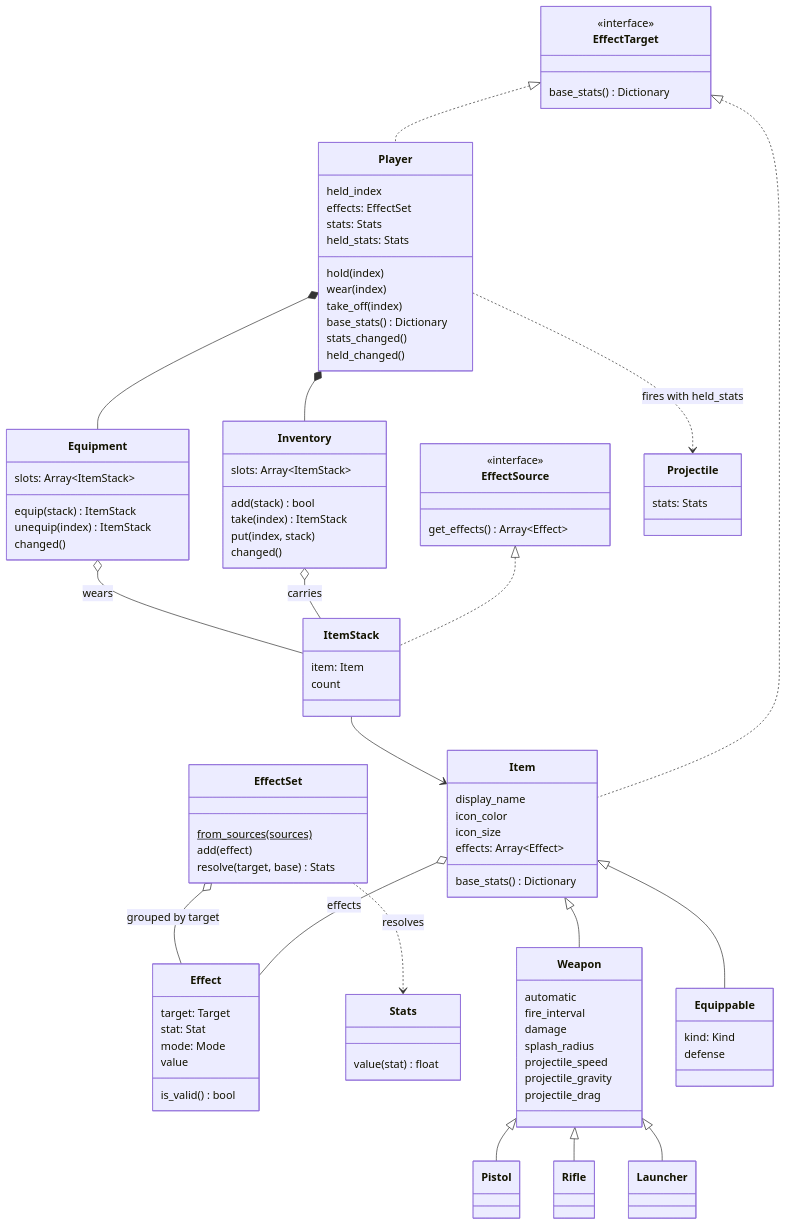
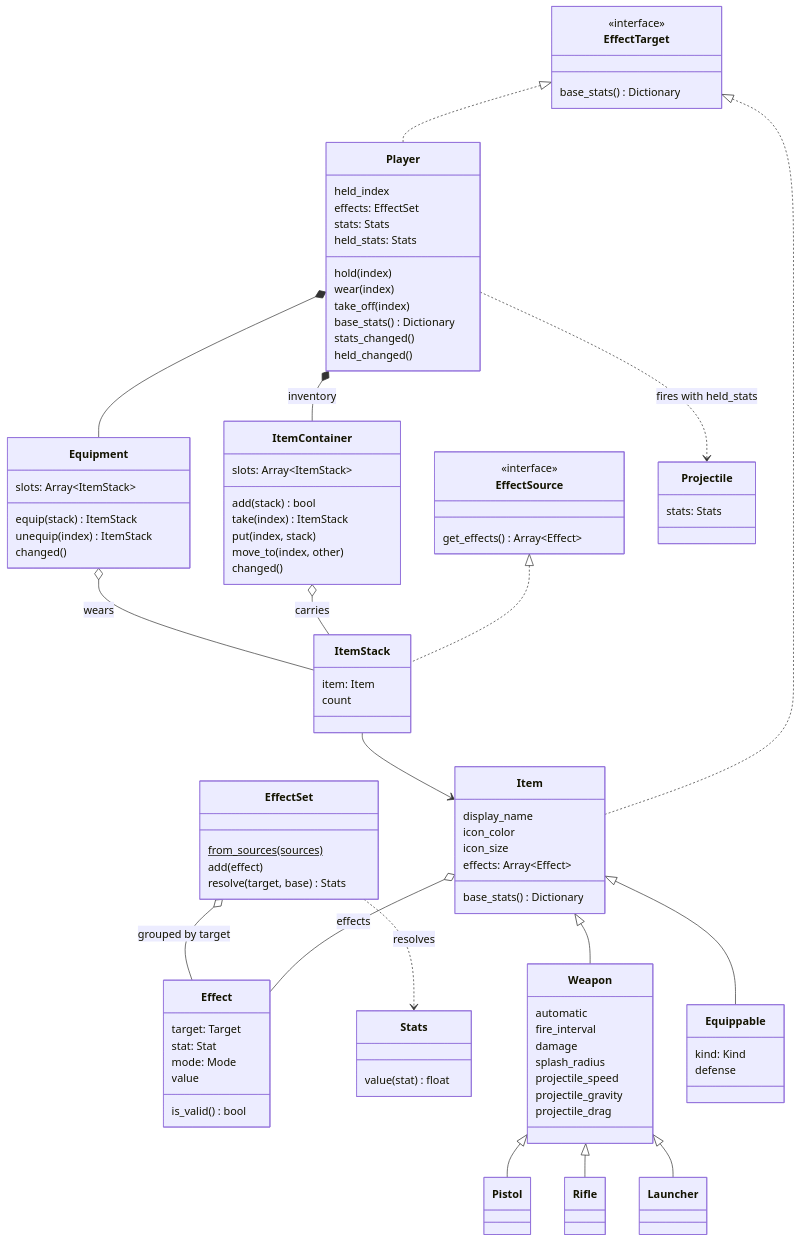
The first of 3 diagrams in README.md (meyer1994/trr), drawn with Mermaid before and after one commit. The commit also changed other lines of this file and 25 other files, not shown here.

Commit message:
Add chests with seeded loot, opened by right-click, and an inventory grid to move items

````diff
--- a/README.md
+++ b/README.md
@@ -60,11 +60,12 @@
         item: Item
         count
     }
-    class Inventory {
+    class ItemContainer {
         slots: Array~ItemStack~
         add(stack) bool
         take(index) ItemStack
         put(index, stack)
+        move_to(index, other)
         changed()
     }
     class Equipment {
@@ -99,11 +100,11 @@
     Weapon <|-- Launcher
     Item o-- Effect : effects
     ItemStack --> Item
-    Inventory o-- ItemStack : carries
+    ItemContainer o-- ItemStack : carries
     Equipment o-- ItemStack : wears
     EffectSet o-- Effect : grouped by target
     EffectSet ..> Stats : resolves
-    Player *-- Inventory
+    Player *-- ItemContainer : inventory
     Player *-- Equipment
     Player ..> Projectile : fires with held_stats
 ```
````
